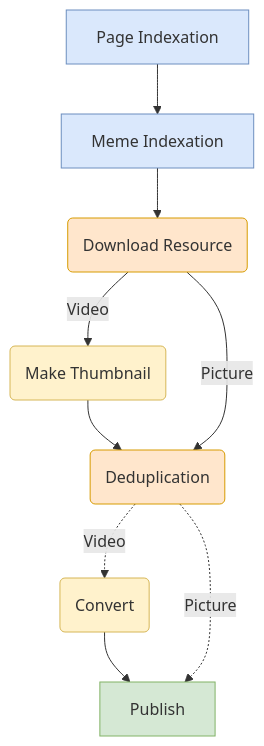
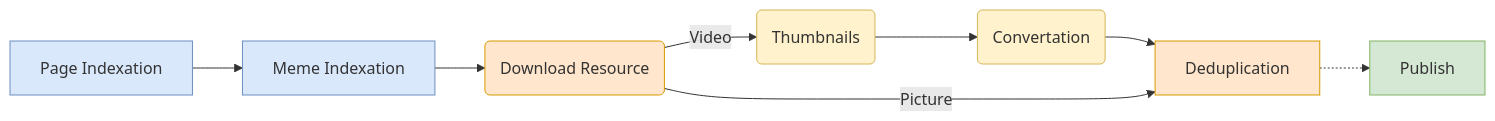
Before and after one commit to ruslanys/ifunny: the diagram in README.md, drawn with Mermaid.

Commit message:
Его Величество Евент

````diff
--- a/README.md
+++ b/README.md
@@ -279,19 +279,18 @@
 ```mermaid
-graph TB
+graph LR
     PI[Page Indexation] --> MI[Meme Indexation]
     MI --> DR(Download Resource)
-    DR -->|Video| VT(Make Thumbnail)
-    VT --> D
-    DR -->|Picture| D(Deduplication)
-    D -.-> |Video|VC(Convert)
-    VC --> P
-    D -.->|Picture|P[Publish]
+    DR -->|Video| VT(Thumbnails)
+    VT --> VC(Convertation)
+    VC --> D
+    DR -->|Picture| D[Deduplication]
+    D -.->P[Publish]
 
     style PI fill:#DAE8FC,stroke:#6C8EBF
     style MI fill:#DAE8FC,stroke:#6C8EBF
     style DR fill:#FFE6CC,stroke:#D79B00
     style VT fill:#FFF2CC,stroke:#D6B656
     style VC fill:#FFF2CC,stroke:#D6B656
     style D fill:#FFE6CC,stroke:#D79B00
     style P fill:#D5E8D4,stroke:#82B366
 ```
````
